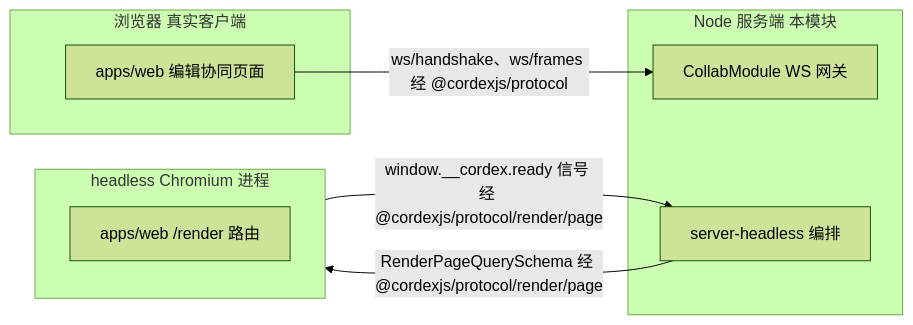
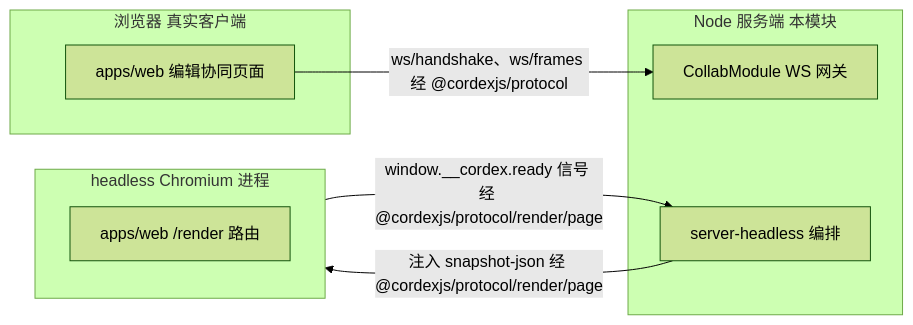
One commit to Xeonice/cordis-ppt-editor changed diagram 11 of 11 in docs/40-modules/09-server-collab-gateway-and-headless-host.md. Above: the diagram before and after it, drawn with Mermaid (forest theme). The commit also changed other lines of this file and 79 other files, not shown here.

````diff
--- a/docs/40-modules/09-server-collab-gateway-and-headless-host.md
+++ b/docs/40-modules/09-server-collab-gateway-and-headless-host.md
@@ -1039,16 +940,16 @@
 ```mermaid
 flowchart LR
 subgraph browser["浏览器 真实客户端"]
   clientApp["apps/web 编辑协同页面"]
 end
 subgraph node["Node 服务端 本模块"]
   gateway["CollabModule WS 网关"]
   headlessHost["server-headless 编排"]
 end
 subgraph chromium["headless Chromium 进程"]
   renderRoute["apps/web /render 路由"]
 end
 clientApp -- "ws/handshake、ws/frames 经 @cordexjs/protocol" --> gateway
-headlessHost -- "RenderPageQuerySchema 经 @cordexjs/protocol/render/page" --> chromium
+headlessHost -- "注入 snapshot-json 经 @cordexjs/protocol/render/page" --> chromium
 chromium -- "window.__cordex.ready 信号 经 @cordexjs/protocol/render/page" --> headlessHost
 ```
````
